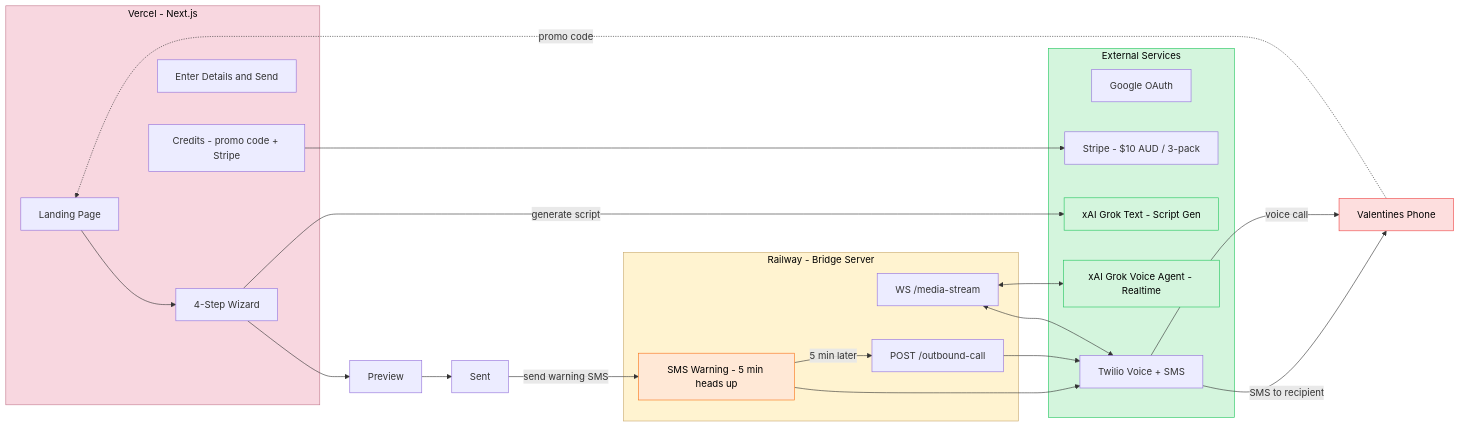
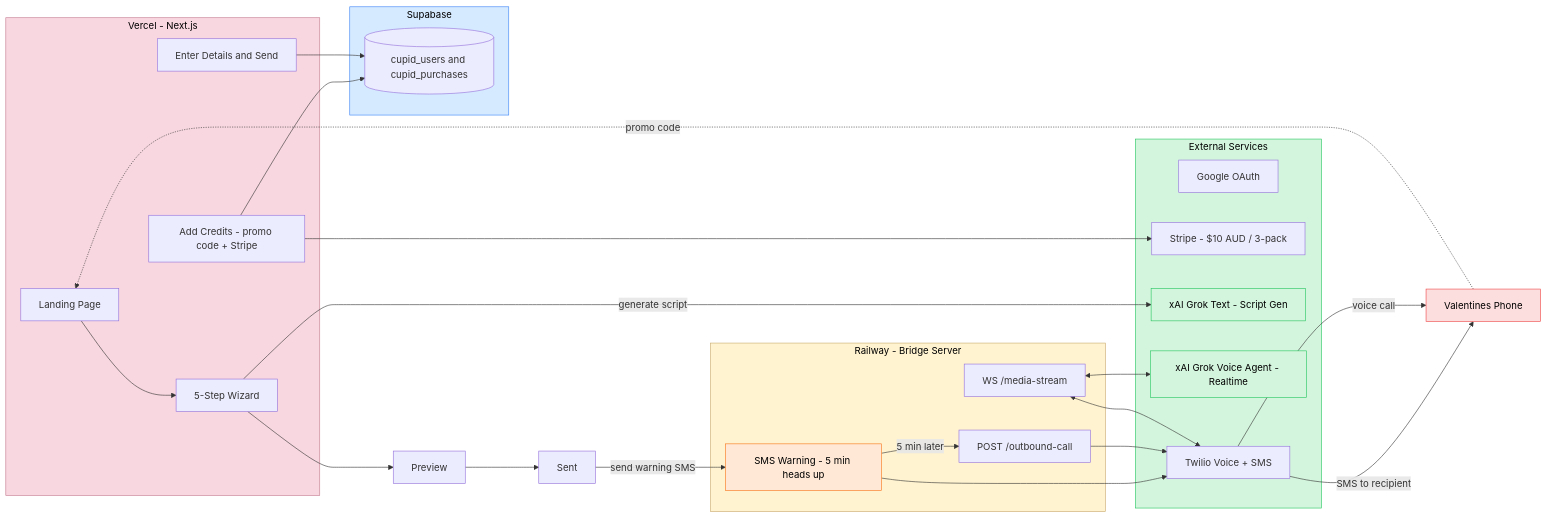
One commit to bitpixi2/impress-your-valentine changed the second of 2 diagrams in README.md. Above: the diagram before and after it, drawn with Mermaid. The commit also changed other lines of this file and 8 other files, not shown here.

Commit message:
Update README architecture notes and refine mobile flow UX

````diff
--- a/README.md
+++ b/README.md
@@ -103,41 +109,47 @@
 ```mermaid
 flowchart LR
     subgraph Frontend[Vercel - Next.js]
         LP[Landing Page]
-        Form[4-Step Wizard]
+        Form[5-Step Wizard]
         Send[Enter Details and Send]
-        Credits[Credits - promo code + Stripe]
+        Credits[Add Credits - promo code + Stripe]
     end
     subgraph Bridge[Railway - Bridge Server]
         Outbound[POST /outbound-call]
         MediaWS[WS /media-stream]
         SMSWarning[SMS Warning - 5 min heads up]
+    end
+    subgraph Data[Supabase]
+        CreditDB[(cupid_users and cupid_purchases)]
     end
     subgraph External[External Services]
         Google[Google OAuth]
         Stripe[Stripe - $10 AUD / 3-pack]
         GrokText[xAI Grok Text - Script Gen]
         GrokVoice[xAI Grok Voice Agent - Realtime]
         Twilio[Twilio Voice + SMS]
     end
     Phone[Valentines Phone]
     LP --> Form --> Preview --> Sent
     Form -->|generate script| GrokText
     Sent -->|send warning SMS| SMSWarning
     SMSWarning --> Twilio
     Twilio -->|SMS to recipient| Phone
     SMSWarning -->|5 min later| Outbound
     Credits --> Stripe
+    Credits --> CreditDB
+    Send --> CreditDB
     Outbound --> Twilio
     MediaWS <--> GrokVoice
     MediaWS <--> Twilio
     Twilio -->|voice call| Phone
     Phone -.->|promo code | LP
     style Frontend fill:#F8D7E0,stroke:#C47A8E,color:#000000
     style Bridge fill:#FFF3D0,stroke:#C9A96E,color:#000000
+    style Data fill:#D6EAFF,stroke:#3b82f6,color:#000000
     style External fill:#D4F5DD,stroke:#22c55e,color:#000000
     style Phone fill:#FDDEDE,stroke:#ef4444,color:#000000
     style GrokVoice fill:#D4F5DD,stroke:#22c55e,color:#000000
     style GrokText fill:#D4F5DD,stroke:#22c55e,color:#000000
     style SMSWarning fill:#FFE8D6,stroke:#F97316,color:#000000
 ```
````
